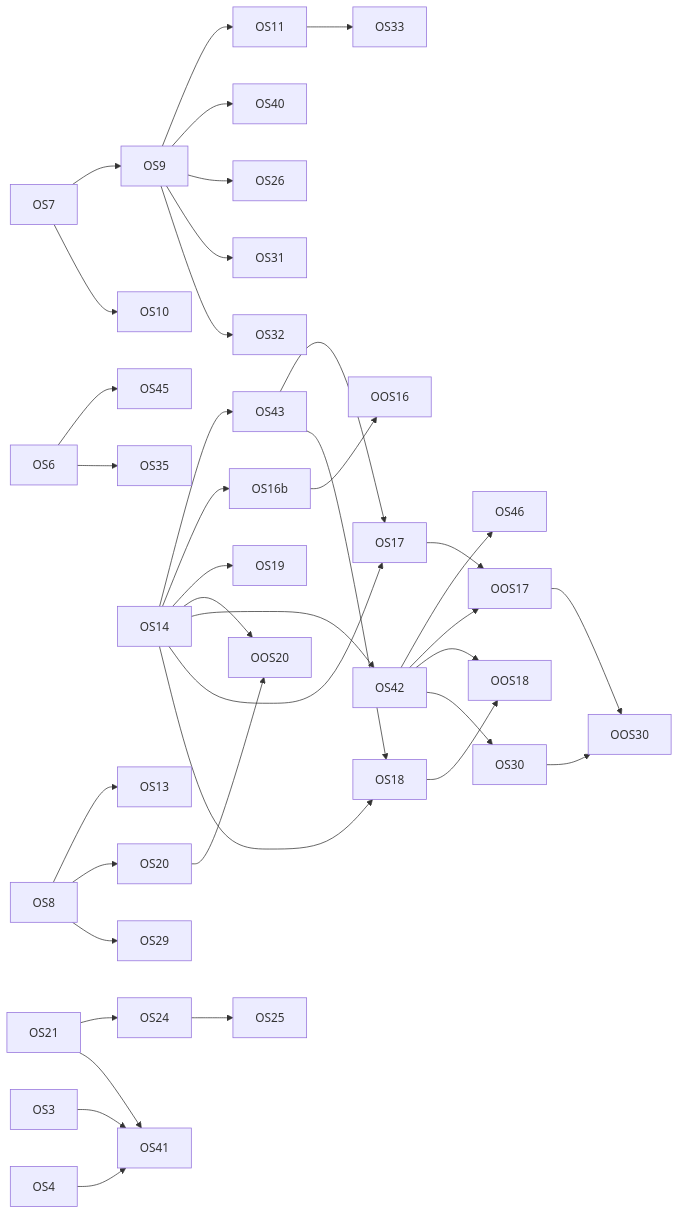
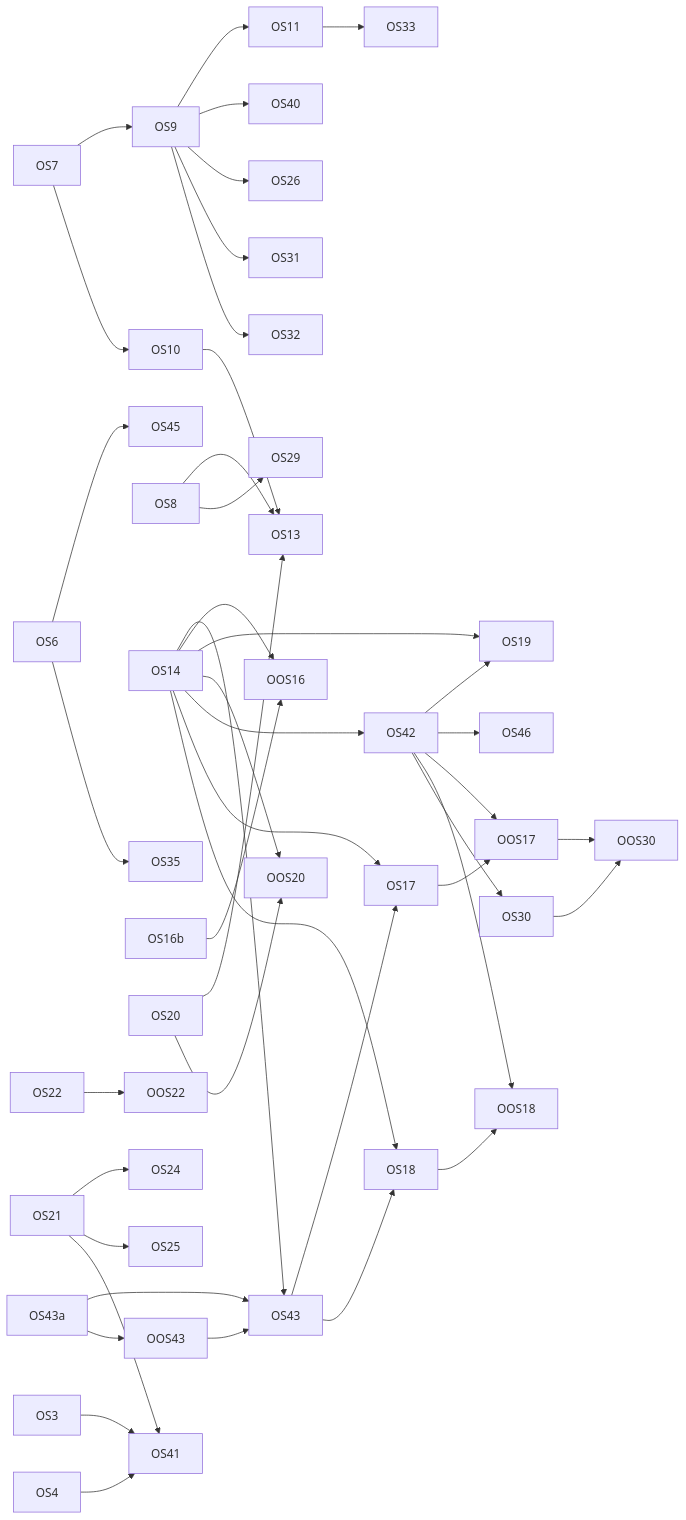
Before and after one commit to diy-accounting-uk/submit.diyaccounting.co.uk: the diagram in PLAN_ORGANIC_SEARCH.md, drawn with Mermaid. The commit also changed other lines of this file and 1 other file, not shown here.

````diff
--- a/PLAN_ORGANIC_SEARCH.md
+++ b/PLAN_ORGANIC_SEARCH.md
@@ -917,40 +920,46 @@
 ```mermaid
 flowchart LR
   OS6 --> OS45
   OS7 --> OS9
   OS7 --> OS10
   OS9 --> OS11
   OS9 --> OS40
   OS8 --> OS13
   OS14 --> OS43
-  OS14 --> OS16b
+  OS43a --> OS43
+  OS43a --> OOS43
+  OOS43 --> OS43
   OS16b --> OOS16
+  OS14 --> OOS16
   OS14 --> OS19
-  OS8 --> OS20
+  OS42 --> OS19
+  OS10 --> OS13
+  OS20 --> OS13
   OS14 --> OOS20
   OS20 --> OOS20
   OS14 --> OS42
   OS42 --> OS46
   OS14 --> OS17
   OS43 --> OS17
   OS17 --> OOS17
   OS42 --> OOS17
   OS14 --> OS18
   OS43 --> OS18
   OS18 --> OOS18
   OS42 --> OOS18
   OS21 --> OS24
-  OS24 --> OS25
+  OS21 --> OS25
+  OS22 --> OOS22
   OS9 --> OS26
   OS8 --> OS29
   OS42 --> OS30
   OS30 --> OOS30
   OOS17 --> OOS30
   OS9 --> OS31
   OS9 --> OS32
   OS11 --> OS33
   OS6 --> OS35
   OS3 --> OS41
   OS4 --> OS41
   OS21 --> OS41
 ```
````
